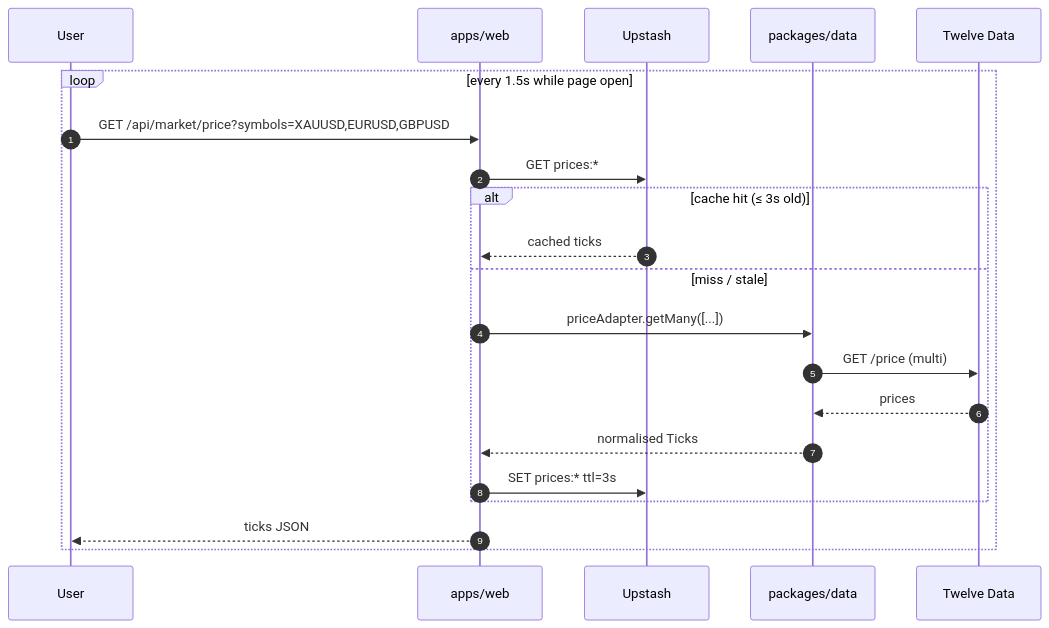
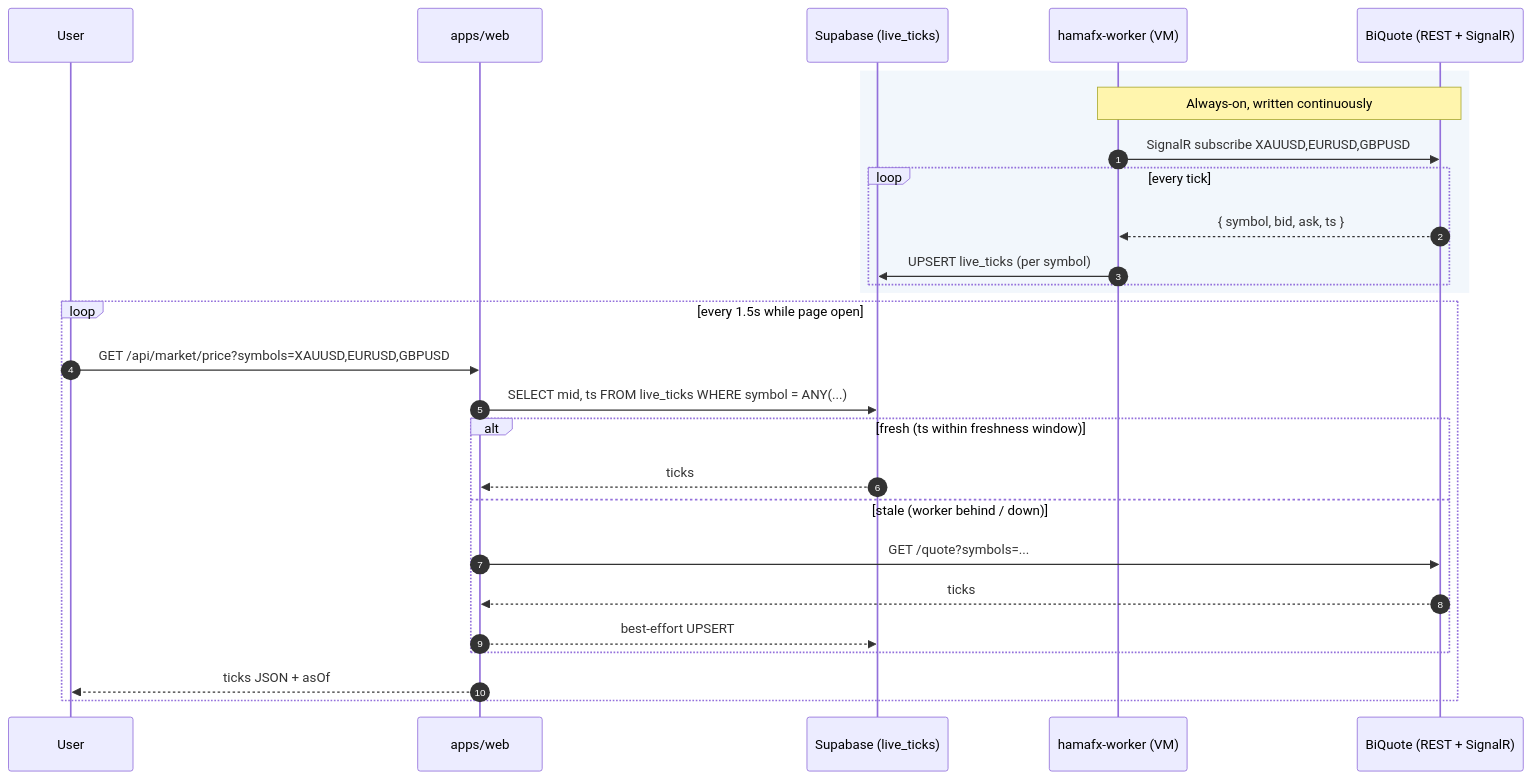
Before and after one commit to HamaFx/Kestrel: the second of 11 diagrams in docs/13-data-flow.md, drawn with Mermaid. The commit also changed other lines of this file and 16 other files, not shown here.

````diff
--- a/docs/13-data-flow.md
+++ b/docs/13-data-flow.md
@@ -50,24 +55,31 @@
 ```mermaid
 sequenceDiagram
     autonumber
     participant U as User
     participant W as apps/web
-    participant R as Upstash
-    participant DA as packages/data
-    participant TD as Twelve Data
+    participant DB as Supabase (live_ticks)
+    participant Worker as hamafx-worker (VM)
+    participant BQ as BiQuote (REST + SignalR)
+
+    rect rgba(0, 100, 200, 0.05)
+      note over Worker,BQ: Always-on, written continuously
+      Worker->>BQ: SignalR subscribe XAUUSD,EURUSD,GBPUSD
+      loop every tick
+        BQ-->>Worker: { symbol, bid, ask, ts }
+        Worker->>DB: UPSERT live_ticks (per symbol)
+      end
+    end
 
     loop every 1.5s while page open
       U->>W: GET /api/market/price?symbols=XAUUSD,EURUSD,GBPUSD
-      W->>R: GET prices:*
-      alt cache hit (≤ 3s old)
-        R-->>W: cached ticks
-      else miss / stale
-        W->>DA: priceAdapter.getMany([...])
-        DA->>TD: GET /price (multi)
-        TD-->>DA: prices
-        DA-->>W: normalised Ticks
-        W->>R: SET prices:* ttl=3s
+      W->>DB: SELECT mid, ts FROM live_ticks WHERE symbol = ANY(...)
+      alt fresh (ts within freshness window)
+        DB-->>W: ticks
+      else stale (worker behind / down)
+        W->>BQ: GET /quote?symbols=...
+        BQ-->>W: ticks
+        W-->>DB: best-effort UPSERT
       end
-      W-->>U: ticks JSON
+      W-->>U: ticks JSON + asOf
     end
 ```
````
